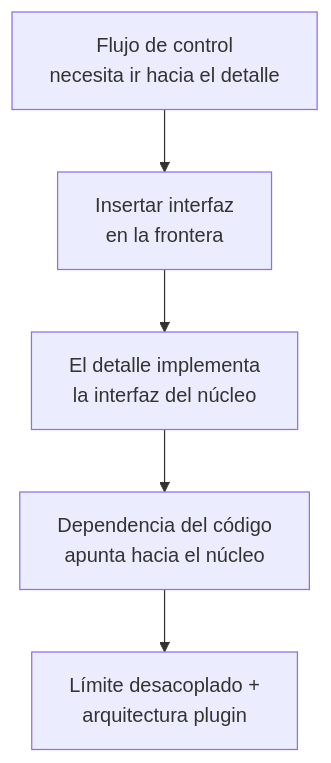
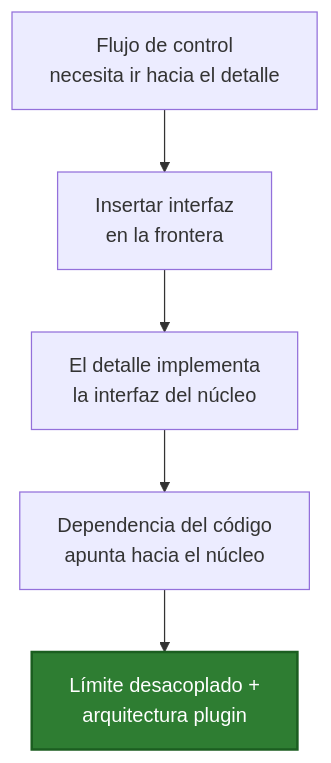
One commit to JavierMachucaA/clean-architecture-guia changed the fourth of 4 diagrams in 06-limites-boundaries/04-anatomia-y-flujo-de-control.md. Above: the diagram before and after it, drawn with Mermaid. The commit also changed other lines of this file and 2 other files, not shown here.

````diff
--- a/06-limites-boundaries/04-anatomia-y-flujo-de-control.md
+++ b/06-limites-boundaries/04-anatomia-y-flujo-de-control.md
@@ -72,7 +81,9 @@
 ```mermaid
 flowchart TD
     A["Flujo de control<br/>necesita ir hacia el detalle"] --> B["Insertar interfaz<br/>en la frontera"]
     B --> C["El detalle implementa<br/>la interfaz del núcleo"]
     C --> D["Dependencia del código<br/>apunta hacia el núcleo"]
     D --> E["Límite desacoplado +<br/>arquitectura plugin"]
+
+    style E fill:#2e7d32,stroke:#1b5e20,stroke-width:2px,color:#fff
 ```
````
